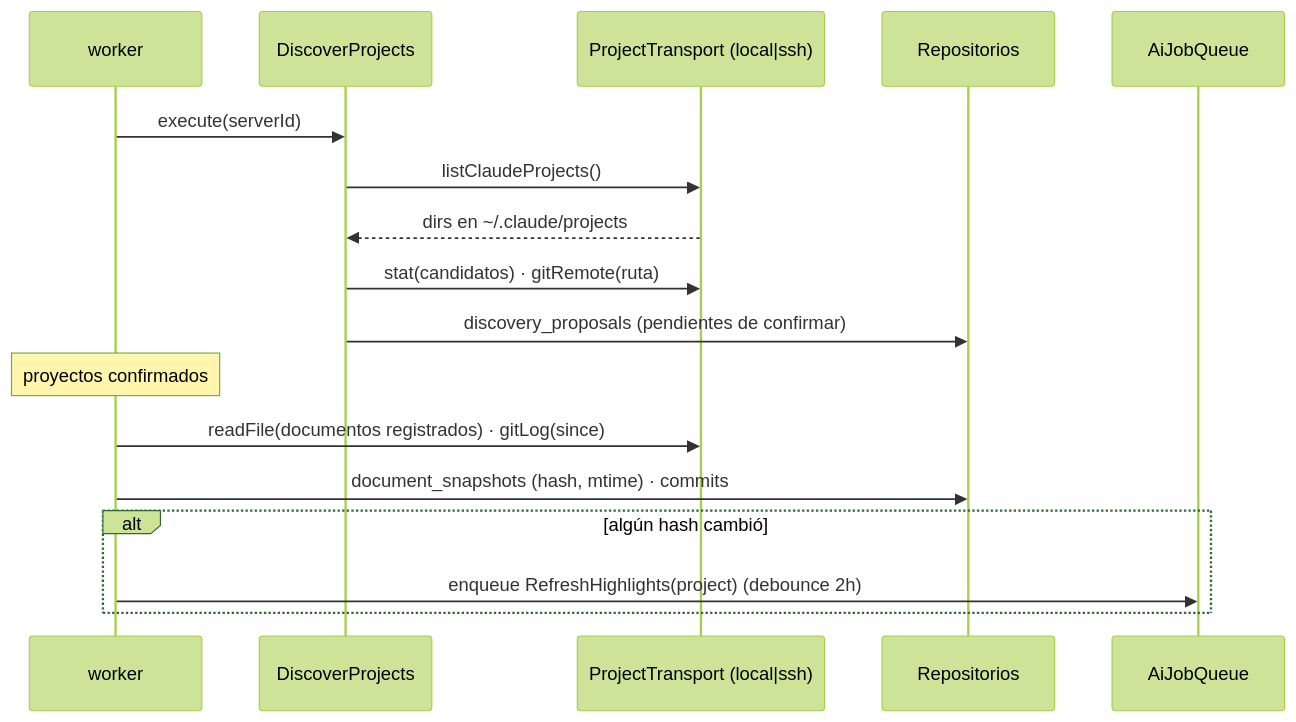
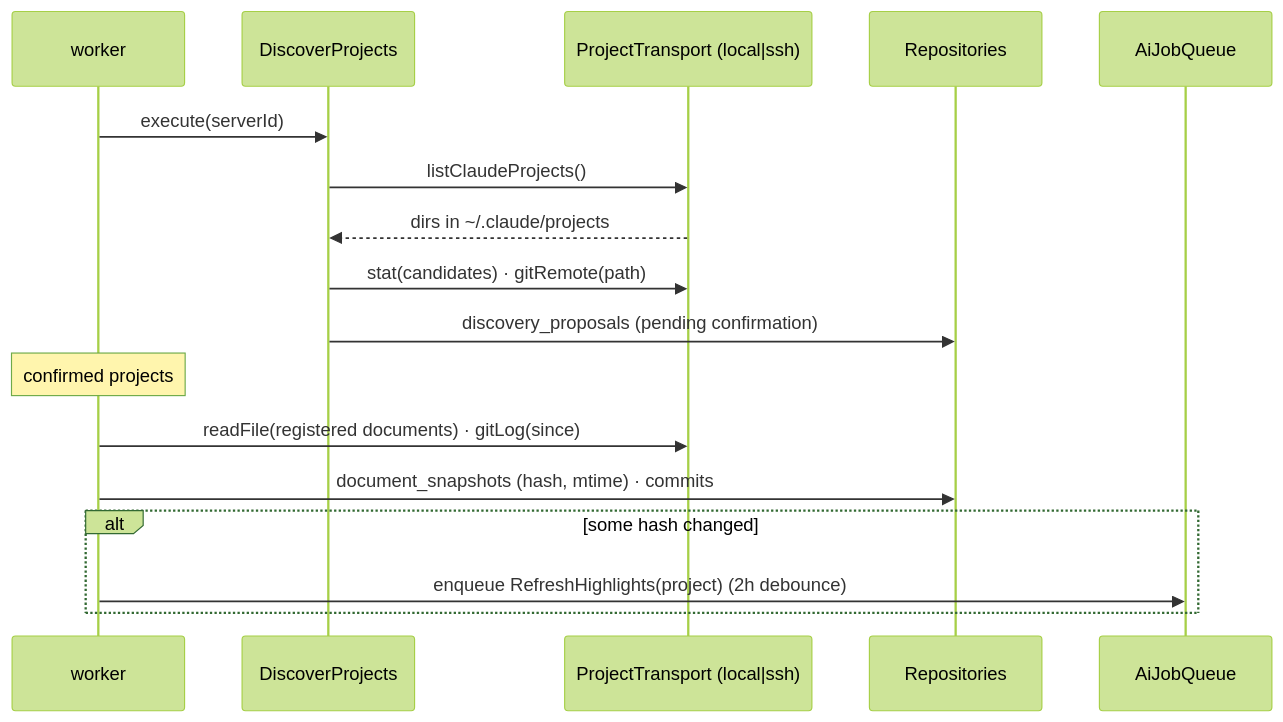
Before and after one commit to srovere/jarvis: the seventh of 9 diagrams in docs/architecture.md, drawn with Mermaid (forest theme). The commit also changed other lines of this file and 68 other files, not shown here.

````diff
--- a/docs/architecture.md
+++ b/docs/architecture.md
@@ -246,19 +246,19 @@
 ```mermaid
 sequenceDiagram
   participant W as worker
   participant D as DiscoverProjects
   participant T as ProjectTransport (local|ssh)
-  participant DB as Repositorios
+  participant DB as Repositories
   participant Q as AiJobQueue
   W->>D: execute(serverId)
   D->>T: listClaudeProjects()
-  T-->>D: dirs en ~/.claude/projects
-  D->>T: stat(candidatos) · gitRemote(ruta)
-  D->>DB: discovery_proposals (pendientes de confirmar)
-  Note over W: proyectos confirmados
-  W->>T: readFile(documentos registrados) · gitLog(since)
+  T-->>D: dirs in ~/.claude/projects
+  D->>T: stat(candidates) · gitRemote(path)
+  D->>DB: discovery_proposals (pending confirmation)
+  Note over W: confirmed projects
+  W->>T: readFile(registered documents) · gitLog(since)
   W->>DB: document_snapshots (hash, mtime) · commits
-  alt algún hash cambió
-    W->>Q: enqueue RefreshHighlights(project) (debounce 2h)
+  alt some hash changed
+    W->>Q: enqueue RefreshHighlights(project) (2h debounce)
   end
 ```
````
